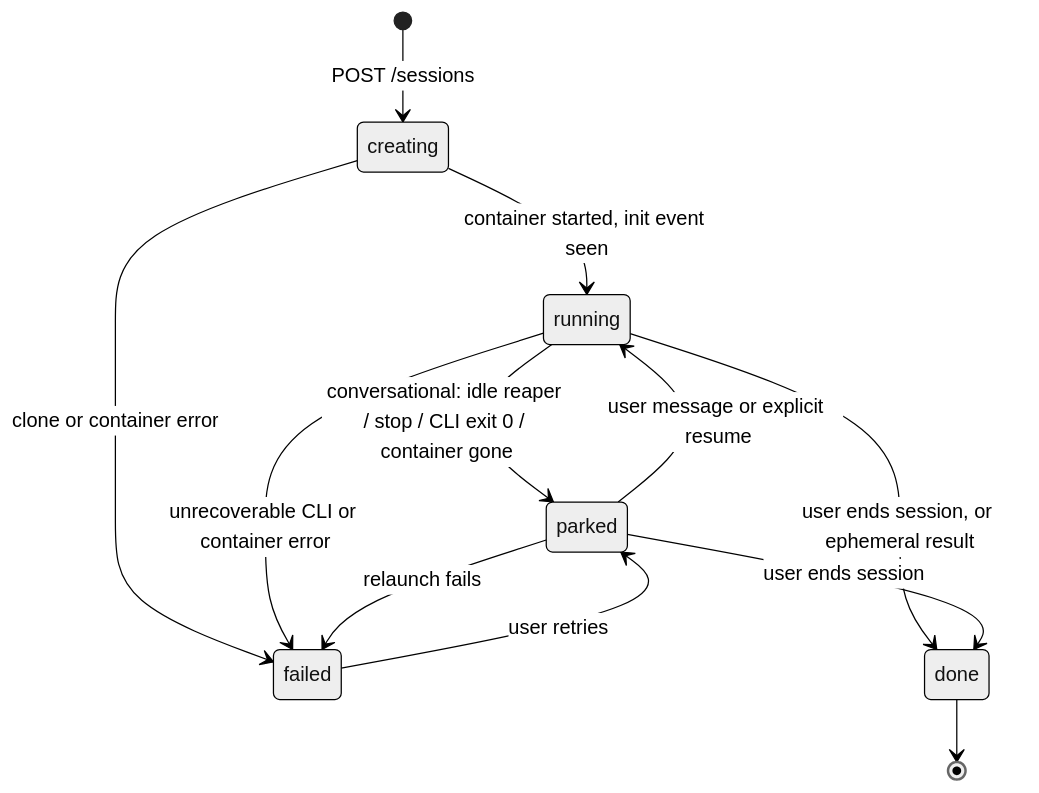
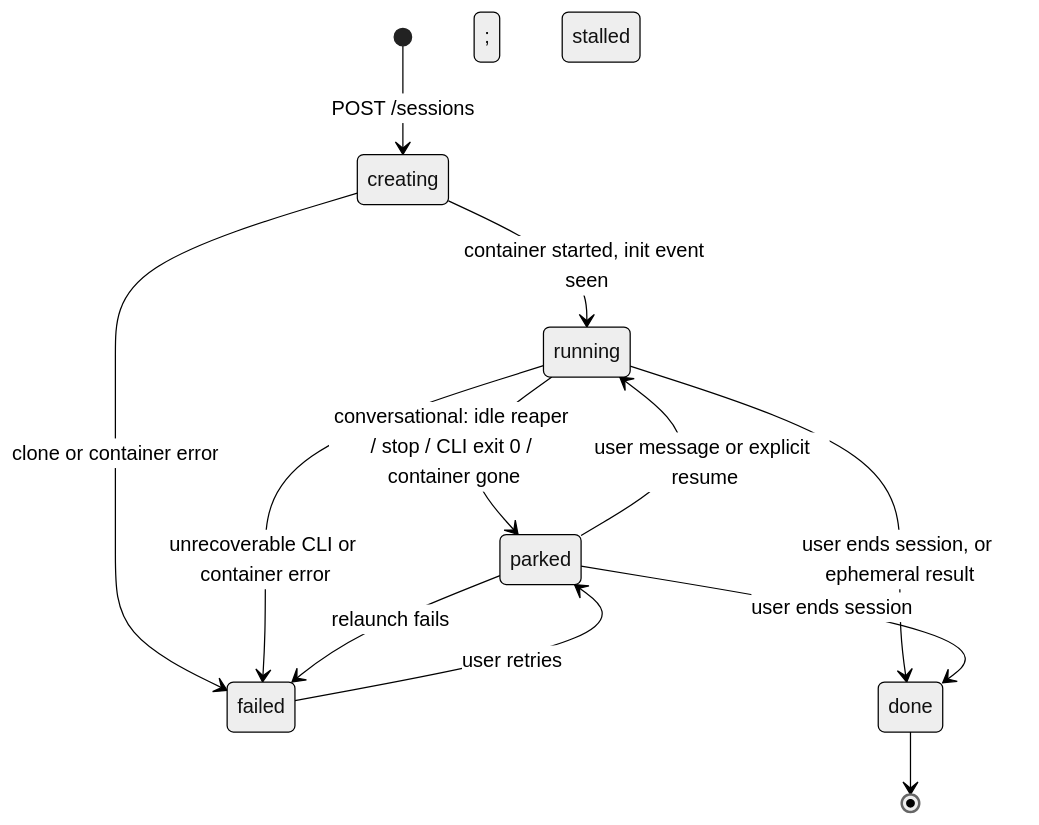
Before and after one commit to LHelge/mars: the third of 7 diagrams in ARCHITECTURE.md, drawn with Mermaid (neutral theme). The commit also changed other lines of this file and 14 other files, not shown here.

````diff
--- a/ARCHITECTURE.md
+++ b/ARCHITECTURE.md
@@ -151,14 +159,14 @@
 ```mermaid
 stateDiagram-v2
     [*] --> creating: POST /sessions
     creating --> running: container started, init event seen
     creating --> failed: clone or container error
     running --> parked: conversational: idle reaper / stop / CLI exit 0 / container gone
-    running --> failed: unrecoverable CLI or container error
+    running --> failed: unrecoverable CLI or container error; ephemeral: stalled
     running --> done: user ends session, or ephemeral result
     parked --> running: user message or explicit resume
     parked --> done: user ends session
     parked --> failed: relaunch fails
     failed --> parked: user retries
     done --> [*]
 ```
````
